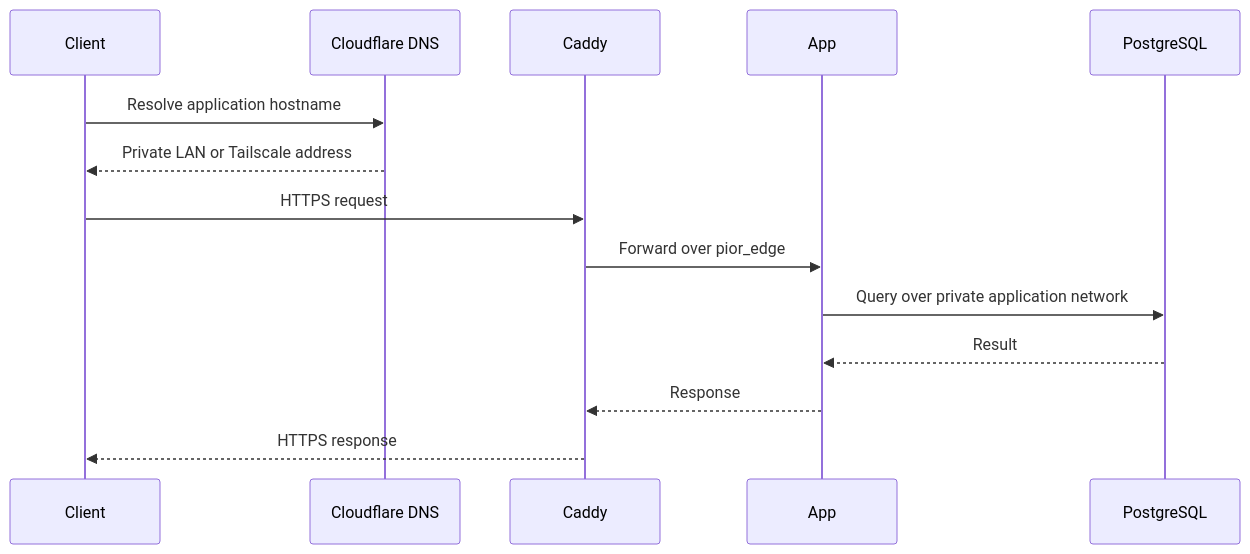
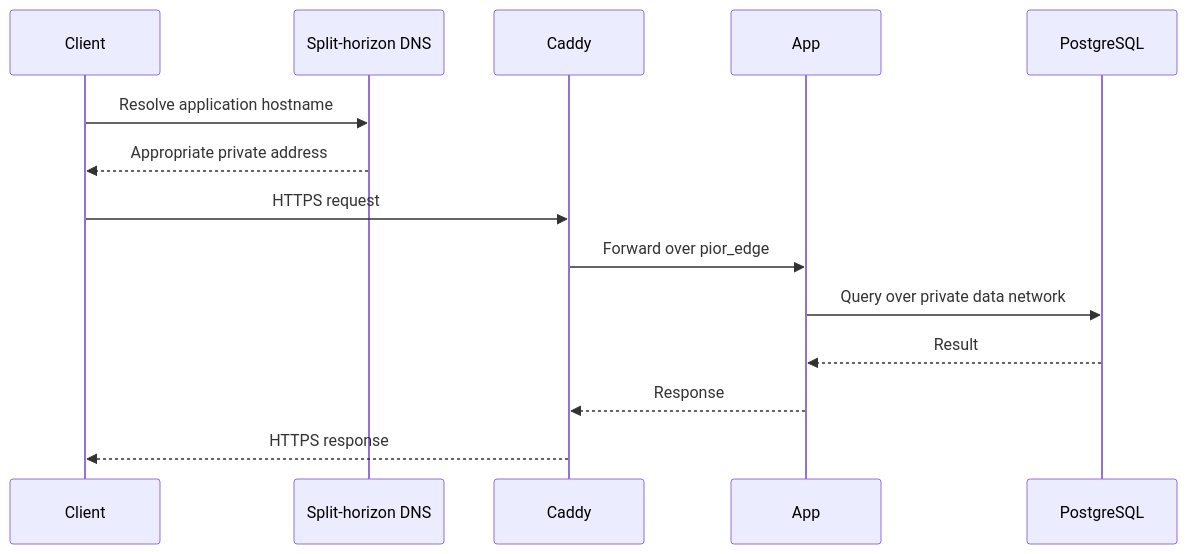
Before and after one commit to pior-labs/platform: the diagram in docs/networking.md, drawn with Mermaid. The commit also changed other lines of this file, not shown here.

Commit message:
docs: document split-horizon hostname model

````diff
--- a/docs/networking.md
+++ b/docs/networking.md
@@ -80,17 +72,17 @@
 ```mermaid
 sequenceDiagram
     participant Client
-    participant DNS as Cloudflare DNS
+    participant DNS as Split-horizon DNS
     participant Caddy
     participant App
     participant DB as PostgreSQL
 
     Client->>DNS: Resolve application hostname
-    DNS-->>Client: Private LAN or Tailscale address
+    DNS-->>Client: Appropriate private address
     Client->>Caddy: HTTPS request
     Caddy->>App: Forward over pior_edge
-    App->>DB: Query over private application network
+    App->>DB: Query over private data network
     DB-->>App: Result
     App-->>Caddy: Response
     Caddy-->>Client: HTTPS response
 ```
````
